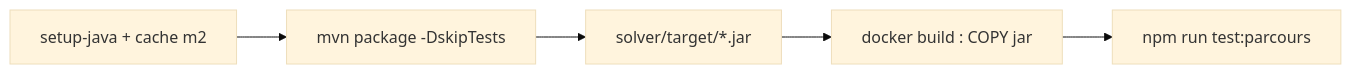
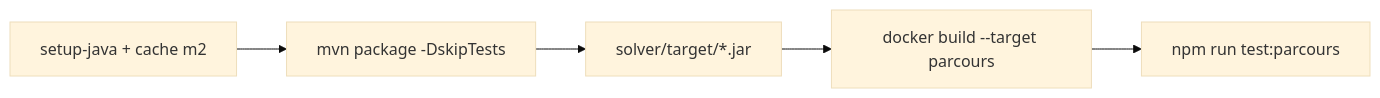
One commit to Claude20022002/Planner changed the diagram in docs/conception/exploitation/fix-ci-maven-solveur-hors-docker.md. Above: the diagram before and after it, drawn with Mermaid (base theme). The commit also changed other lines of this file, not shown here.

First line of the commit message:
CI : plan #244 validé (un Dockerfile, cibles parcours et production)

````diff
--- a/docs/conception/exploitation/fix-ci-maven-solveur-hors-docker.md
+++ b/docs/conception/exploitation/fix-ci-maven-solveur-hors-docker.md
@@ -26,7 +28,7 @@
 ```mermaid
 flowchart LR
   setup["setup-java + cache m2"] --> mvn["mvn package -DskipTests"]
   mvn --> jar["solver/target/*.jar"]
-  jar --> img["docker build : COPY jar"]
+  jar --> img["docker build --target parcours"]
   img --> parcours["npm run test:parcours"]
 ```
````
